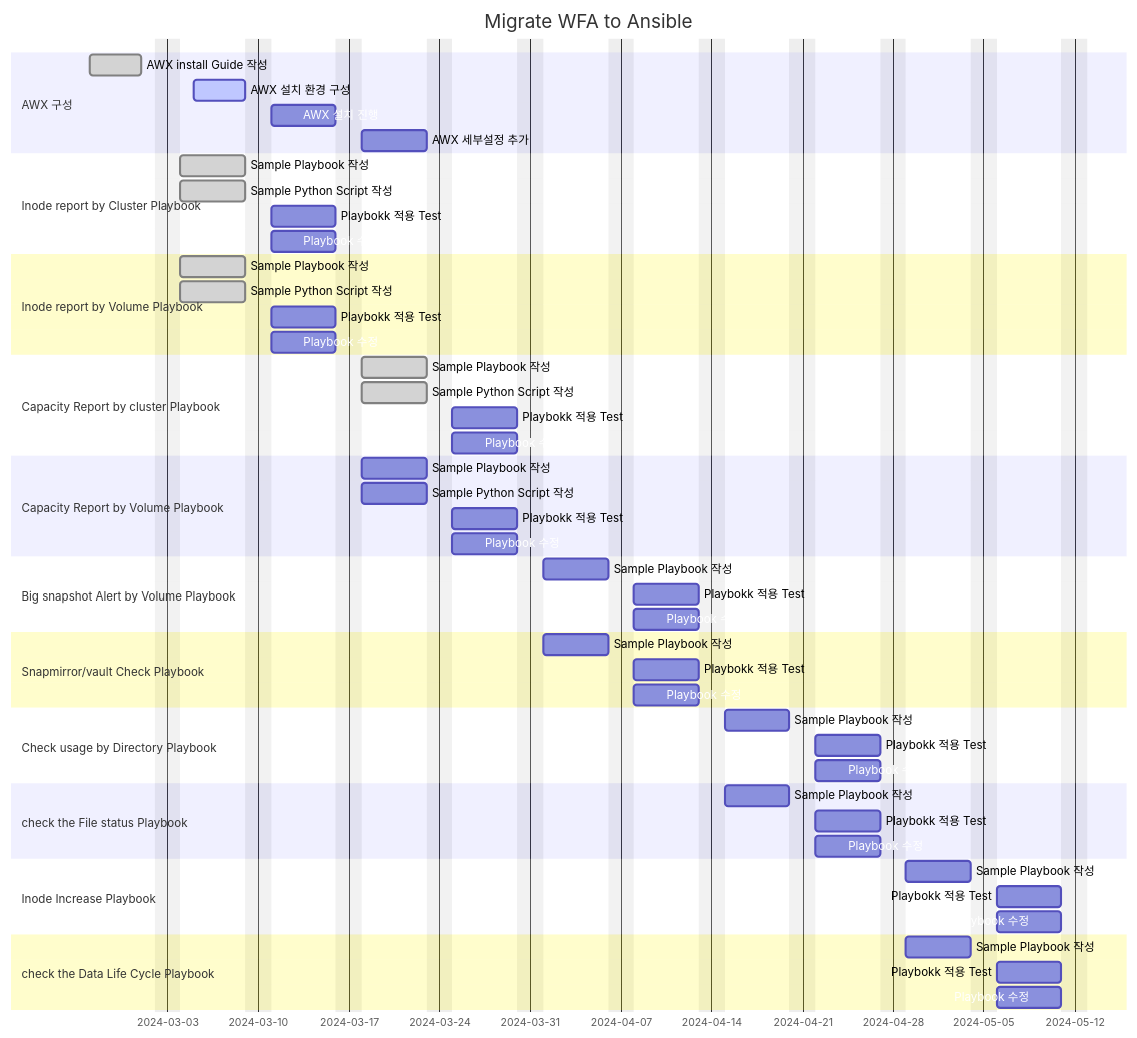
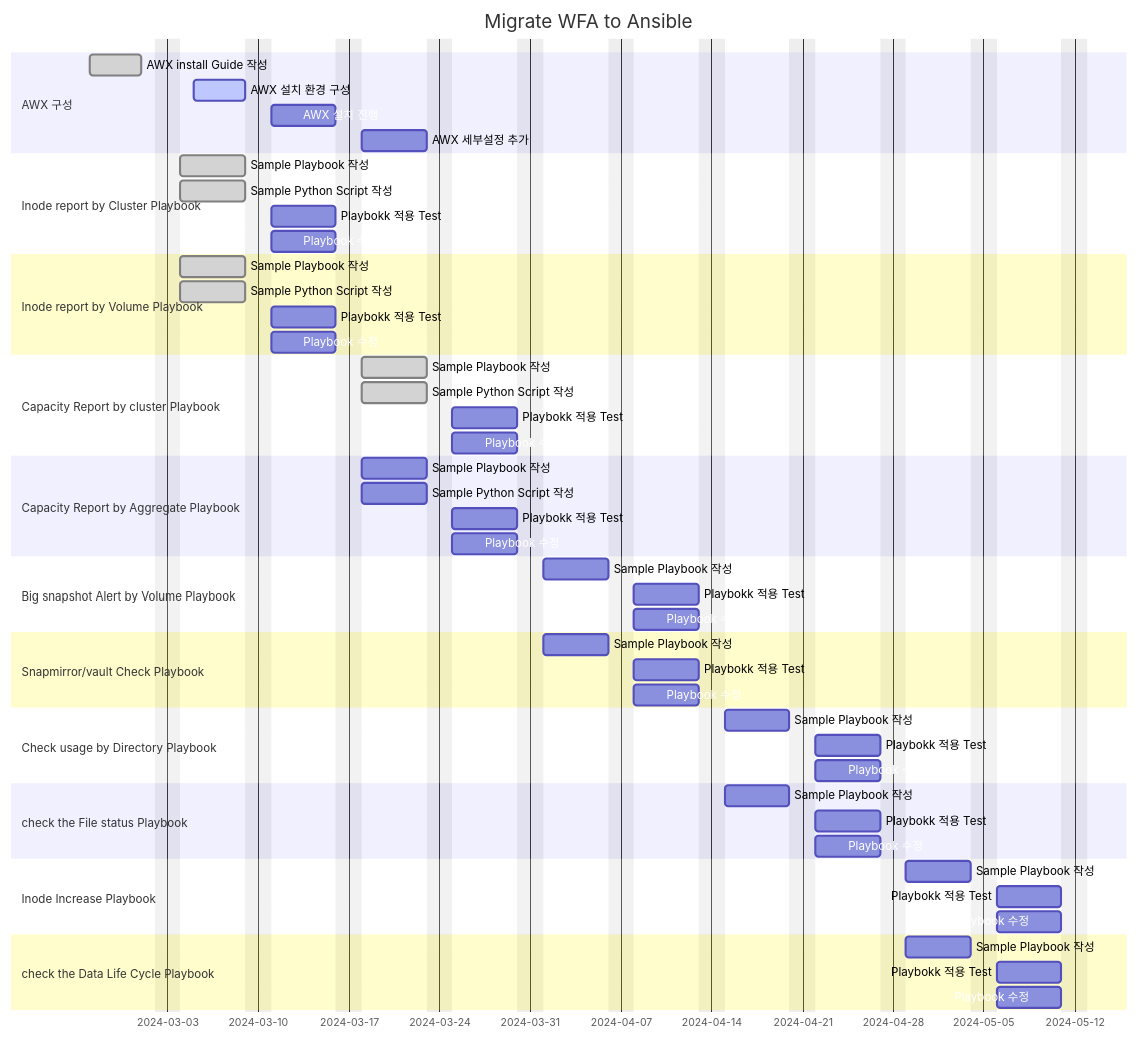
Before and after one commit to netappkr/AnsiblePlaybook: the diagram in SKHynics/Readme.md, drawn with Mermaid.

````diff
--- a/SKHynics/Readme.md
+++ b/SKHynics/Readme.md
@@ -56,66 +56,66 @@
 ```mermaid
 gantt
     title Migrate WFA to Ansible
     dateFormat  YYYY-MM-DD
     excludes    weekends
 
     section AWX 구성
     AWX install Guide 작성  : done, awx1, 2024-02-26, 4d
     AWX 설치 환경 구성  : active, awx2, 2024-03-05, 4d
     AWX 설치 진행 : awx3, after awx2 , 5d
     AWX 세부설정 추가 : awx4, after awx3, 5d
 
     section Inode report by Cluster Playbook
     Sample Playbook 작성 : done,p1-1, 2024-03-04, 5d
     Sample Python Script 작성 : done,p1-2, 2024-03-04, 5d
     Playbokk 적용 Test: p1-3, after p1-2,  5d
     Playbook 수정 : p1-4, after p1-2 , 5d
 
     section Inode report by Volume Playbook
     Sample Playbook 작성 : done, p2-1, 2024-03-04, 5d
     Sample Python Script 작성 : done, p2-2, 2024-03-04, 5d
     Playbokk 적용 Test: p2-3, after p2-2,  5d
     Playbook 수정 : p2-4, after p2-2 , 5d
 
     section Capacity Report by cluster Playbook
     Sample Playbook 작성 : done, p3-1, 2024-03-18, 5d
     Sample Python Script 작성 : done, p3-1, 2024-03-18, 5d
     Playbokk 적용 Test: p3-2, after p3-1,  5d
     Playbook 수정 : p3-3, after p3-1 , 5d
 
-    section Capacity Report by Volume Playbook
+    section Capacity Report by Aggregate Playbook
     Sample Playbook 작성 : done p4-1, 2024-03-18, 5d
     Sample Python Script 작성 : done p4-1, 2024-03-18, 5d
     Playbokk 적용 Test: p4-2, after p4-1,  5d
     Playbook 수정 : p4-3, after p4-1 , 5d
 
     section Big snapshot Alert by Volume Playbook
     Sample Playbook 작성 : p5-1, 2024-04-01, 5d
     Playbokk 적용 Test: p5-2, after p5-1,  5d
     Playbook 수정 : p5-3, after p5-1 , 5d
 
     section Snapmirror/vault Check Playbook
     Sample Playbook 작성 : p6-1, 2024-04-01, 5d
     Playbokk 적용 Test: p6-2, after p6-1,  5d
     Playbook 수정 : p6-3, after p6-1 , 5d
 
     section Check usage by Directory Playbook
     Sample Playbook 작성 : p7-1, 2024-04-15, 5d
     Playbokk 적용 Test: p7-2, after p7-1,  5d
     Playbook 수정 : p7-3, after p7-1 , 5d
 
     section check the File status Playbook
     Sample Playbook 작성 : p8-1, 2024-04-15, 5d
     Playbokk 적용 Test: p8-2, after p8-1,  5d
     Playbook 수정 : p8-3, after p8-1 , 5d
 
     section Inode Increase Playbook
     Sample Playbook 작성 : p9-1, 2024-04-29, 5d
     Playbokk 적용 Test: p9-2, after p9-1,  5d
     Playbook 수정 : p9-3, after p9-1 , 5d
 
     section check the Data Life Cycle Playbook
     Sample Playbook 작성 : p10-1, 2024-04-29, 5d
     Playbokk 적용 Test: p10-2, after p10-1,  5d
     Playbook 수정 : p10-3, after p10-1 , 5d
 ```
````
